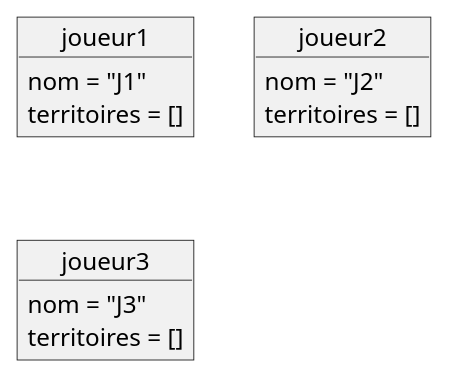
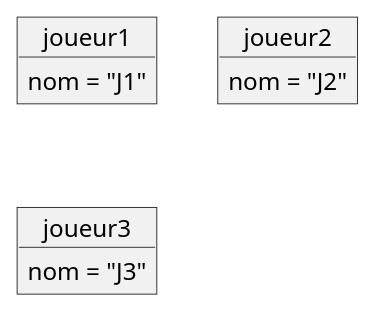
One commit to LusthAlma/Project-Risk changed the first of 2 diagrams in src/doc/_chapters/use-case-donner-territoires.adoc. Above: the diagram before and after it, drawn with PlantUML. The commit also changed other lines of this file, not shown here.

```diff
--- a/src/doc/_chapters/use-case-donner-territoires.adoc
+++ b/src/doc/_chapters/use-case-donner-territoires.adoc
@@ -80,21 +80,18 @@
 [plantuml, territoire-snap-start, png]
 ----
 @startuml
 
 Object joueur1 {
         nom = "J1"
-        territoires = []
 }
 
 Object joueur2 {
         nom = "J2"
-        territoires = []
 }
 
 Object joueur3 {
         nom = "J3"
-        territoires = []
 }
 
 @enduml
 ----
```
